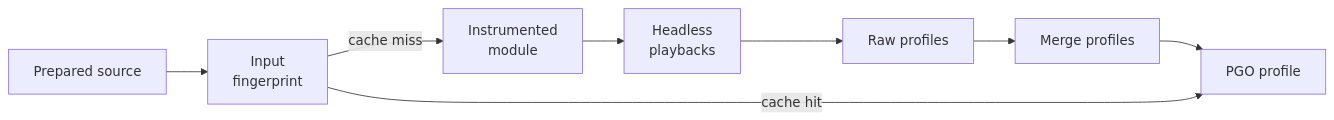
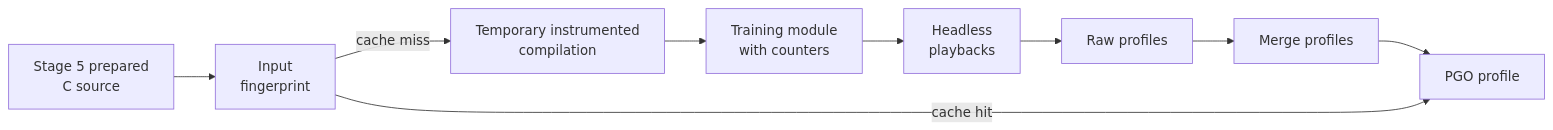
The ninth of 10 diagrams in docs/architecture/Build.md (Aelbannan/boat_of_daphnes), drawn with Mermaid before and after one commit. The commit also changed other lines of this file, not shown here.

Commit message:
docs: distinguish training compilation from final build

````diff
--- a/docs/architecture/Build.md
+++ b/docs/architecture/Build.md
@@ -470,14 +470,15 @@
 ```mermaid
 flowchart LR
-    Prepared["Prepared source"]
+    Prepared["Stage 5 prepared<br/>C source"]
     Fingerprint["Input<br/>fingerprint"]
-    Instrumented["Instrumented<br/>module"]
+    Compile["Temporary instrumented<br/>compilation"]
+    Instrumented["Training module<br/>with counters"]
     Playback["Headless<br/>playbacks"]
     Raw["Raw profiles"]
     Merge["Merge profiles"]
     Profile["PGO profile"]
 
     Prepared --> Fingerprint
-    Fingerprint -->|cache miss| Instrumented --> Playback --> Raw --> Merge --> Profile
+    Fingerprint -->|cache miss| Compile --> Instrumented --> Playback --> Raw --> Merge --> Profile
     Fingerprint -->|cache hit| Profile
 ```
````
